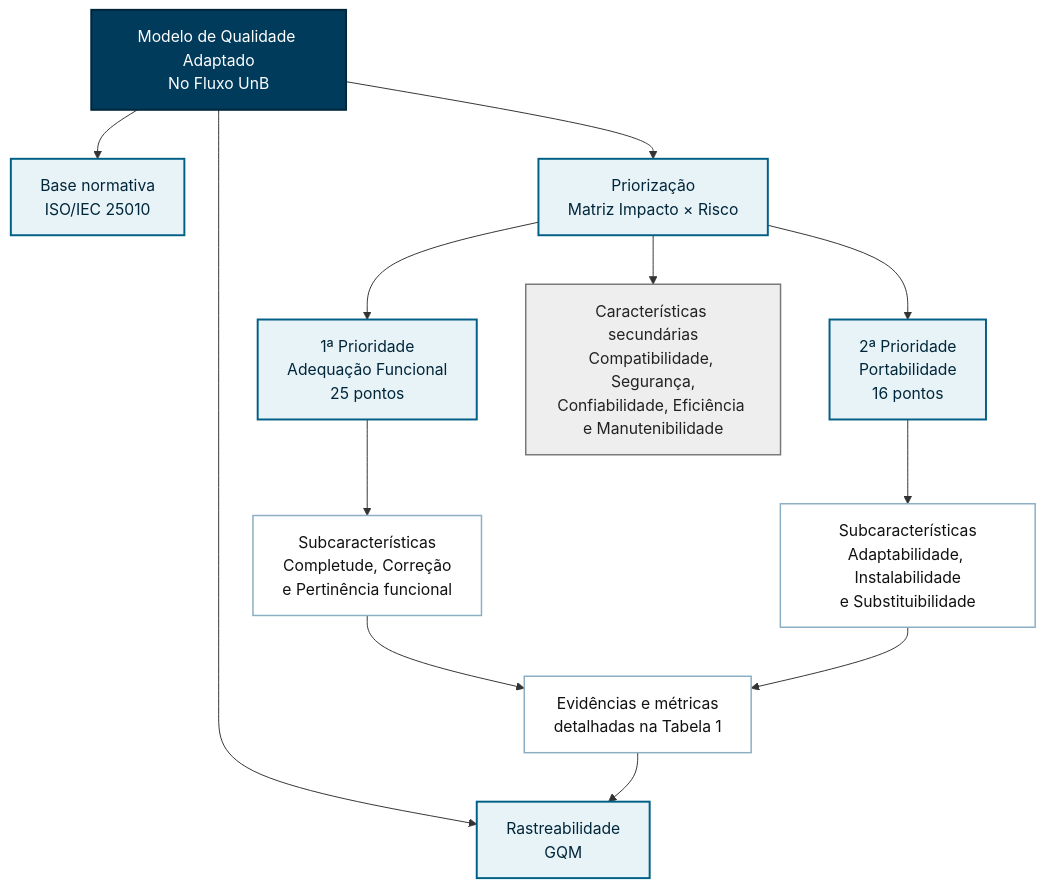
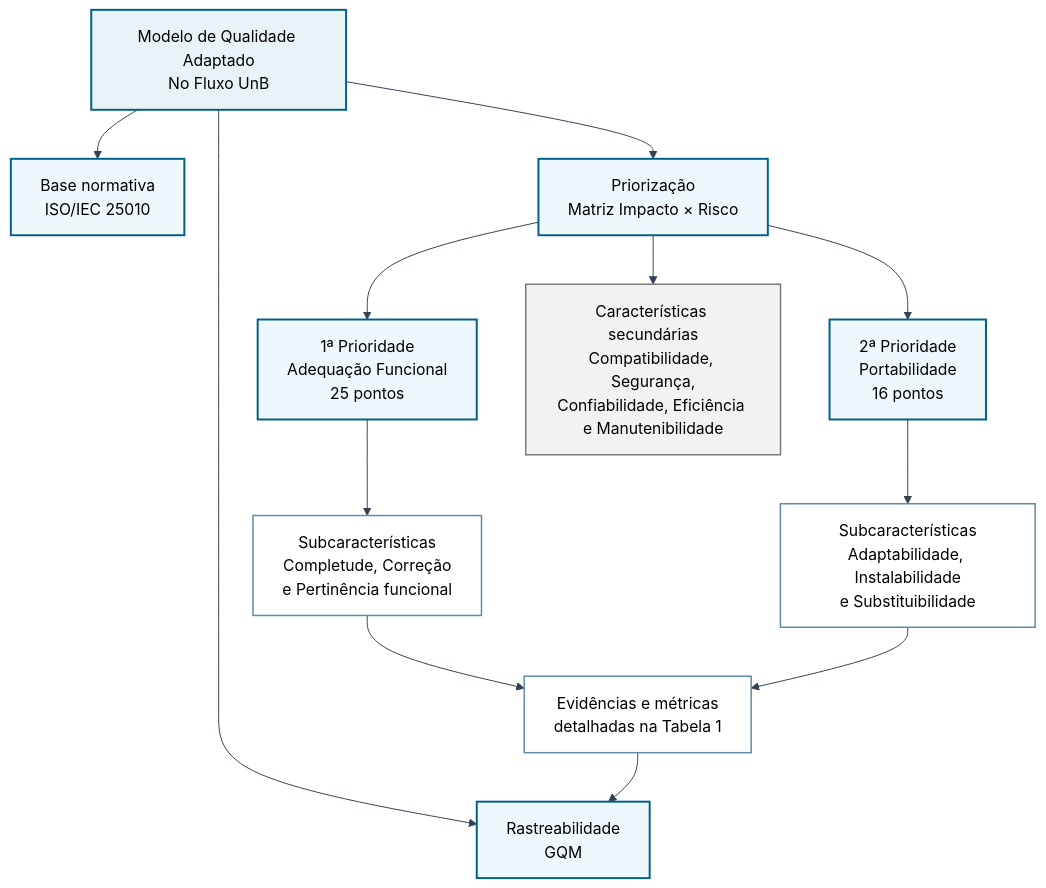
The diagram in docs/fase1/05_modelo_de_qualidade.md (FCTE-Qualidade-de-Software-1/2026-1_T01_HEDY_LAMAR), drawn with Mermaid before and after one commit. The commit also changed other lines of this file, not shown here.

Commit message:
docs: adjust contrast of quality model diagram for improved visibility

````diff
--- a/docs/fase1/05_modelo_de_qualidade.md
+++ b/docs/fase1/05_modelo_de_qualidade.md
@@ -15,29 +15,30 @@
 ```mermaid
+%%{init: {"theme": "base", "themeVariables": {"lineColor": "#334155", "fontFamily": "Arial", "primaryTextColor": "#000000", "secondaryTextColor": "#000000", "tertiaryTextColor": "#000000"}} }%%
 flowchart TD
     A["Modelo de Qualidade Adaptado<br/>No Fluxo UnB"]
 
     A --> ISO["Base normativa<br/>ISO/IEC 25010"]
     A --> PRI["Priorização<br/>Matriz Impacto × Risco"]
     A --> GQM["Rastreabilidade<br/>GQM"]
 
     PRI --> AF["1ª Prioridade<br/>Adequação Funcional<br/>25 pontos"]
     PRI --> PO["2ª Prioridade<br/>Portabilidade<br/>16 pontos"]
     PRI --> SEC["Características secundárias<br/>Compatibilidade, Segurança,<br/>Confiabilidade, Eficiência e Manutenibilidade"]
 
     AF --> AFS["Subcaracterísticas<br/>Completude, Correção<br/>e Pertinência funcional"]
     PO --> POS["Subcaracterísticas<br/>Adaptabilidade, Instalabilidade<br/>e Substituibilidade"]
 
     AFS --> EVI["Evidências e métricas<br/>detalhadas na Tabela 1"]
     POS --> EVI
     EVI --> GQM
 
-    classDef main fill:#003b5c,color:#ffffff,stroke:#00263a,stroke-width:2px;
-    classDef base fill:#e8f3f8,color:#00263a,stroke:#005f86,stroke-width:2px;
-    classDef detail fill:#ffffff,color:#111111,stroke:#8aaec2,stroke-width:1.5px;
-    classDef secondary fill:#eeeeee,color:#222222,stroke:#777777,stroke-width:1.5px;
+    classDef main fill:#e8f3f8,color:#000000,stroke:#005f86,stroke-width:2px;
+    classDef base fill:#eef8fc,color:#000000,stroke:#005f86,stroke-width:2px;
+    classDef detail fill:#ffffff,color:#000000,stroke:#5d8aa8,stroke-width:1.5px;
+    classDef secondary fill:#f2f2f2,color:#000000,stroke:#777777,stroke-width:1.5px;
 
     class A main;
     class ISO,PRI,GQM,AF,PO base;
     class AFS,POS,EVI detail;
     class SEC secondary;
 ```
````
